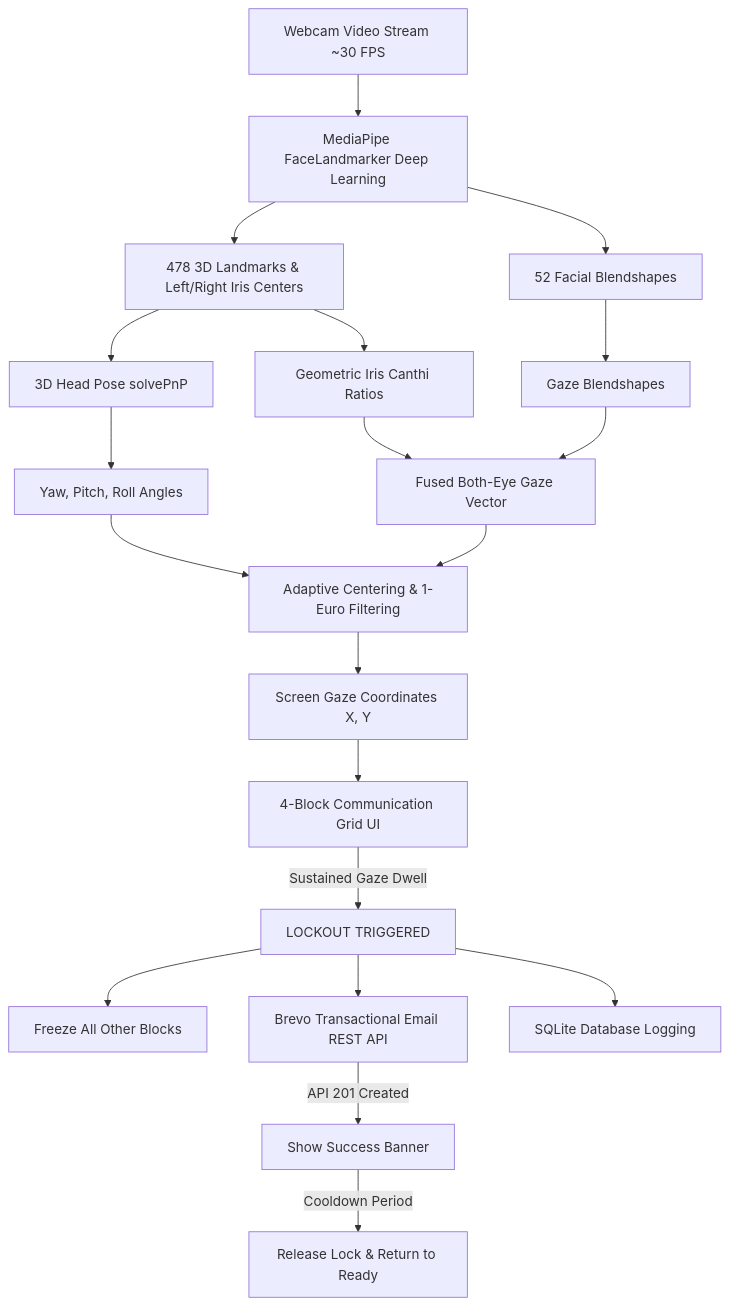
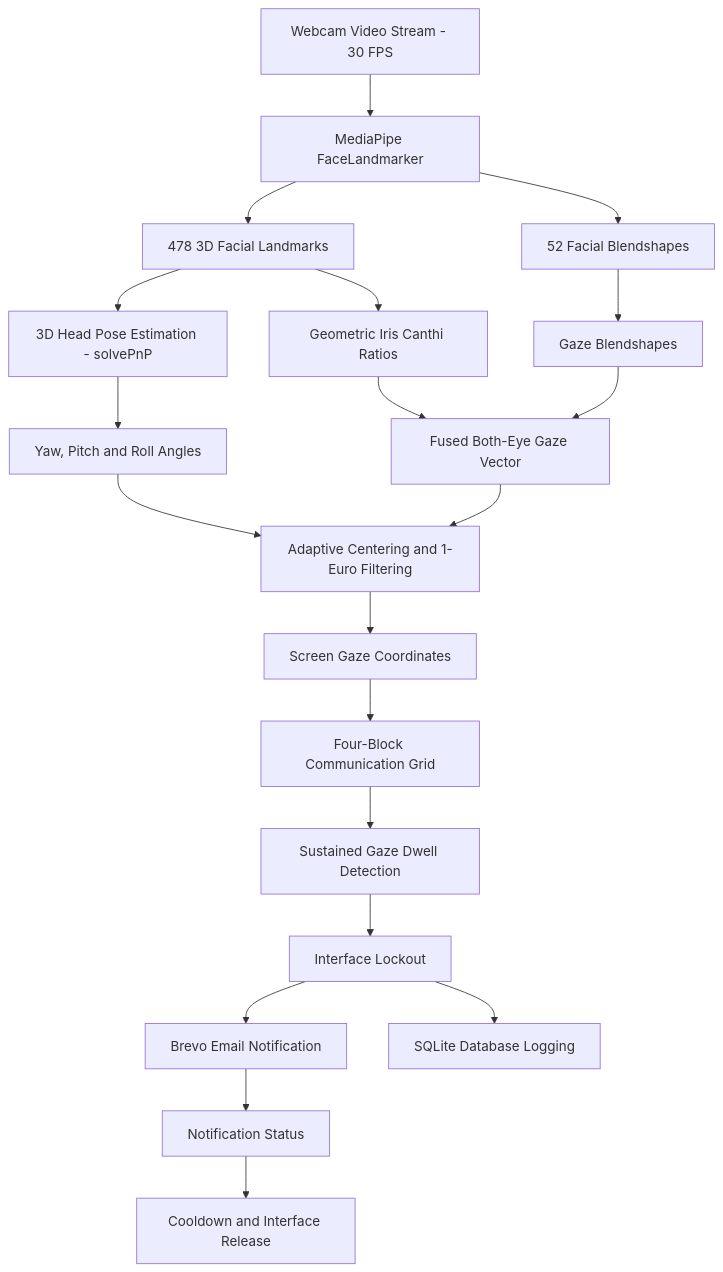
Before and after one commit to PunithursK/AI-Vision-Based-Eye-Gaze-Communication-Assistance-for-Paralyzed-Individuals: the diagram in README.md, drawn with Mermaid. The commit also changed other lines of this file, not shown here.

````diff
--- a/README.md
+++ b/README.md
@@ -23,26 +35,30 @@
 ```mermaid
 graph TD
-    A[Webcam Video Stream ~30 FPS] --> B[MediaPipe FaceLandmarker Deep Learning]
-    B --> C[478 3D Landmarks & Left/Right Iris Centers]
+    A[Webcam Video Stream - 30 FPS] --> B[MediaPipe FaceLandmarker]
+    B --> C[478 3D Facial Landmarks]
     B --> D[52 Facial Blendshapes]
-    
-    C --> E[3D Head Pose solvePnP]
-    E --> F[Yaw, Pitch, Roll Angles]
-    
+
+    C --> E[3D Head Pose Estimation - solvePnP]
+    E --> F[Yaw, Pitch and Roll Angles]
+
     C --> G[Geometric Iris Canthi Ratios]
     D --> H[Gaze Blendshapes]
-    G & H --> I[Fused Both-Eye Gaze Vector]
-    
-    F & I --> J[Adaptive Centering & 1-Euro Filtering]
-    J --> K[Screen Gaze Coordinates X, Y]
-    
-    K --> L[4-Block Communication Grid UI]
-    L -->|Sustained Gaze Dwell| M[LOCKOUT TRIGGERED]
-    
-    M --> N[Freeze All Other Blocks]
-    M --> O[Brevo Transactional Email REST API]
-    M --> P[SQLite Database Logging]
-    
-    O -->|API 201 Created| Q[Show Success Banner]
-    Q -->|Cooldown Period| R[Release Lock & Return to Ready]
+
+    G --> I[Fused Both-Eye Gaze Vector]
+    H --> I
+
+    F --> J[Adaptive Centering and 1-Euro Filtering]
+    I --> J
+
+    J --> K[Screen Gaze Coordinates]
+    K --> L[Four-Block Communication Grid]
+
+    L --> M[Sustained Gaze Dwell Detection]
+    M --> N[Interface Lockout]
+
+    N --> O[Brevo Email Notification]
+    N --> P[SQLite Database Logging]
+
+    O --> Q[Notification Status]
+    Q --> R[Cooldown and Interface Release]
 ```
````
